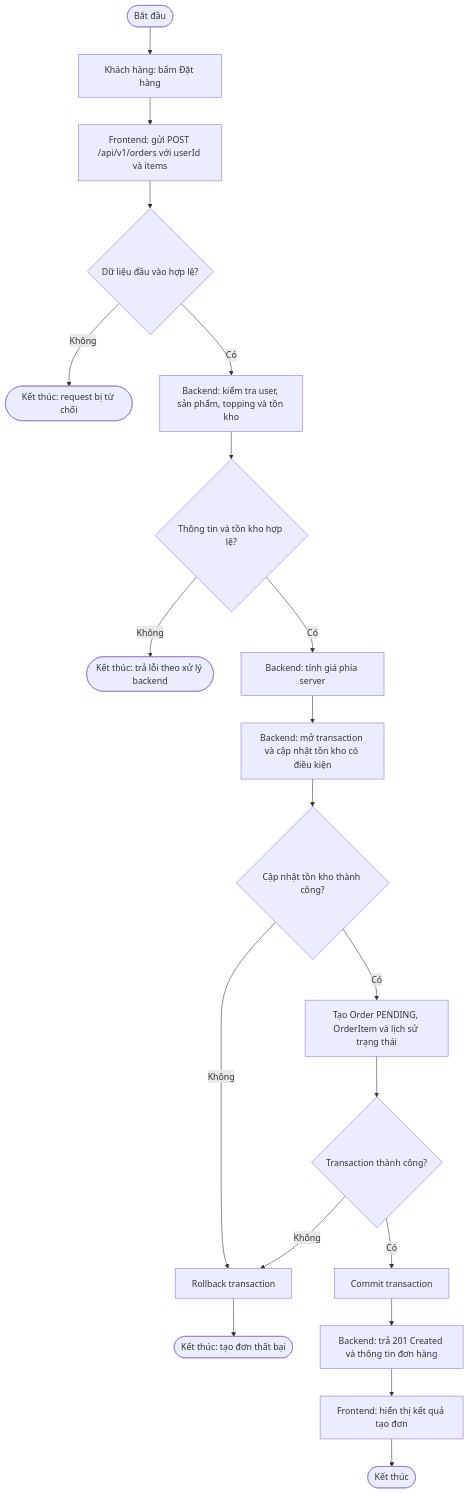
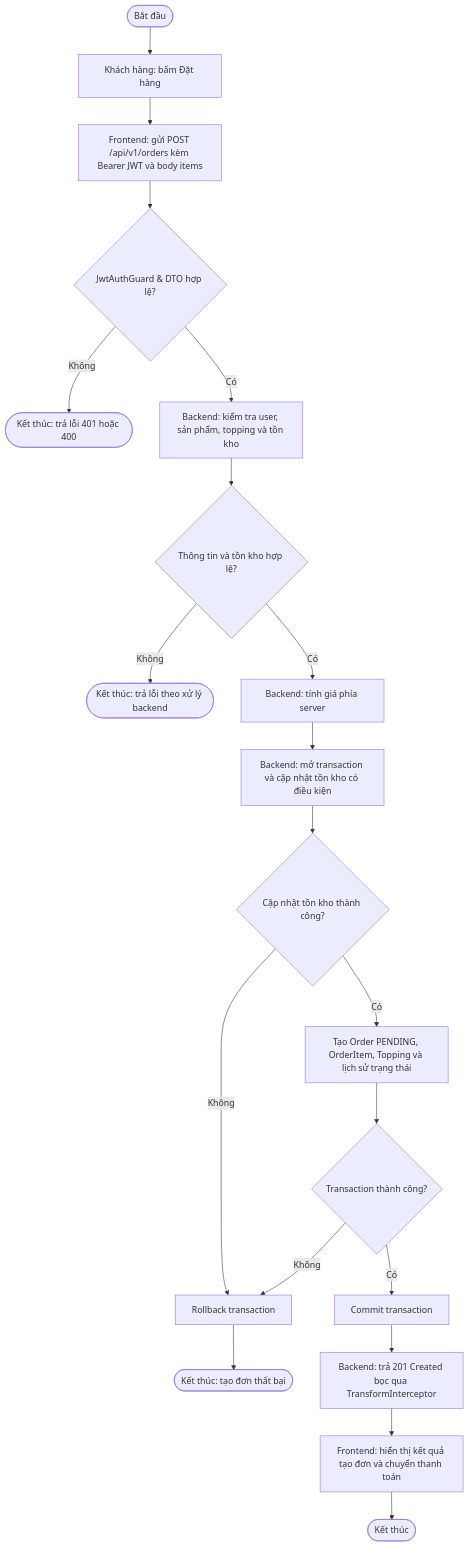
The diagram in docs/order/activity.md (ChienPM-27/BrewLite_02), drawn with Mermaid before and after one commit. The commit also changed other lines of this file and 6 other files, not shown here.

Commit message:
docs(order): standardize order design with puml diagrams, db mapping, and fe-be skeleton

````diff
--- a/docs/order/activity.md
+++ b/docs/order/activity.md
@@ -8,28 +10,28 @@
 ```mermaid
 flowchart TD
     S(["Bắt đầu"]) --> A["Khách hàng: bấm Đặt hàng"]
-    A --> B["Frontend: gửi POST /api/v1/orders với userId và items"]
-    B --> C{"Dữ liệu đầu vào hợp lệ?"}
+    A --> B["Frontend: gửi POST /api/v1/orders kèm Bearer JWT và body items"]
+    B --> C{"JwtAuthGuard & DTO hợp lệ?"}
 
-    C -- Không --> E400(["Kết thúc: request bị từ chối"])
+    C -- Không --> E400(["Kết thúc: trả lỗi 401 hoặc 400"])
     C -- Có --> D["Backend: kiểm tra user, sản phẩm, topping và tồn kho"]
 
     D --> F{"Thông tin và tồn kho hợp lệ?"}
     F -- Không --> E1(["Kết thúc: trả lỗi theo xử lý backend"])
     F -- Có --> G["Backend: tính giá phía server"]
 
     G --> H["Backend: mở transaction và cập nhật tồn kho có điều kiện"]
     H --> I{"Cập nhật tồn kho thành công?"}
 
     I -- Không --> R["Rollback transaction"]
     R --> E2(["Kết thúc: tạo đơn thất bại"])
 
-    I -- Có --> J["Tạo Order PENDING, OrderItem và lịch sử trạng thái"]
+    I -- Có --> J["Tạo Order PENDING, OrderItem, Topping và lịch sử trạng thái"]
     J --> K{"Transaction thành công?"}
 
     K -- Không --> R
     K -- Có --> L["Commit transaction"]
-    L --> M["Backend: trả 201 Created và thông tin đơn hàng"]
-    M --> N["Frontend: hiển thị kết quả tạo đơn"]
+    L --> M["Backend: trả 201 Created bọc qua TransformInterceptor"]
+    M --> N["Frontend: hiển thị kết quả tạo đơn và chuyển thanh toán"]
     N --> T(["Kết thúc"])
 ```
````
